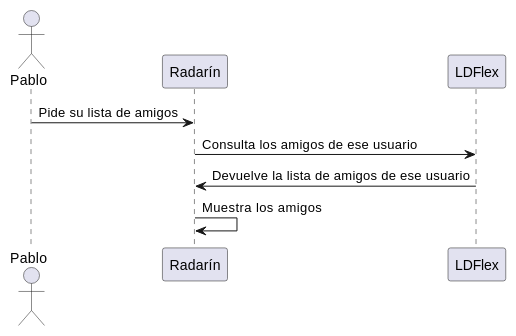
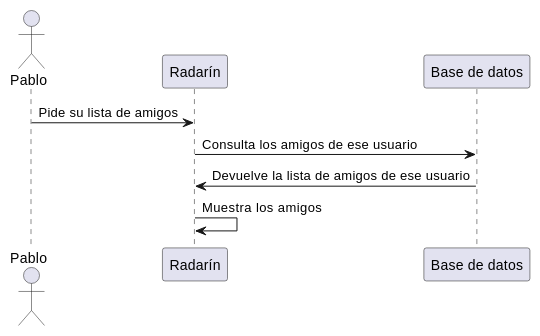
The second of 6 diagrams in webapp/docs/06_runtime_view.adoc (Arquisoft/radarin_es4a), drawn with PlantUML before and after one commit. The commit also changed other lines of this file and 204 other files, not shown here.

```diff
--- a/webapp/docs/06_runtime_view.adoc
+++ b/webapp/docs/06_runtime_view.adoc
@@ -62,10 +62,10 @@
 [plantuml,"mostrar_amigos",png]
 ----
 actor Pablo
 participant  "Radarín"
-participant "LDFlex"
+participant "Base de datos"
 Pablo -> "Radarín": Pide su lista de amigos
-"Radarín" -> "LDFlex": Consulta los amigos de ese usuario
-"LDFlex" -> "Radarín": Devuelve la lista de amigos de ese usuario
+"Radarín" -> "Base de datos": Consulta los amigos de ese usuario
+"Base de datos" -> "Radarín": Devuelve la lista de amigos de ese usuario
 "Radarín" -> "Radarín": Muestra los amigos
 ----
```
